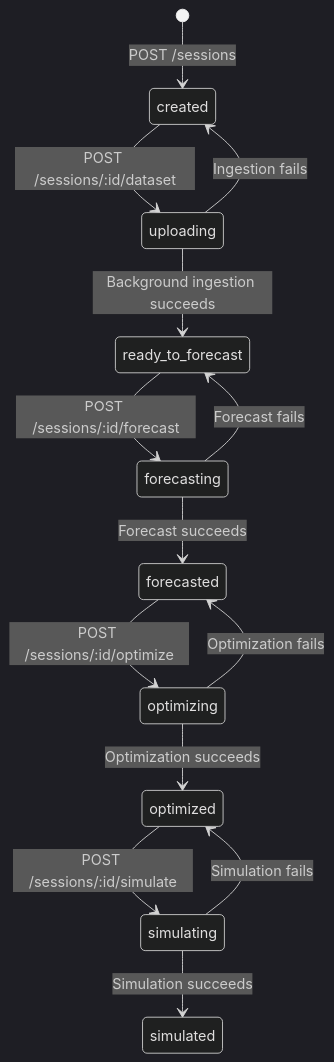
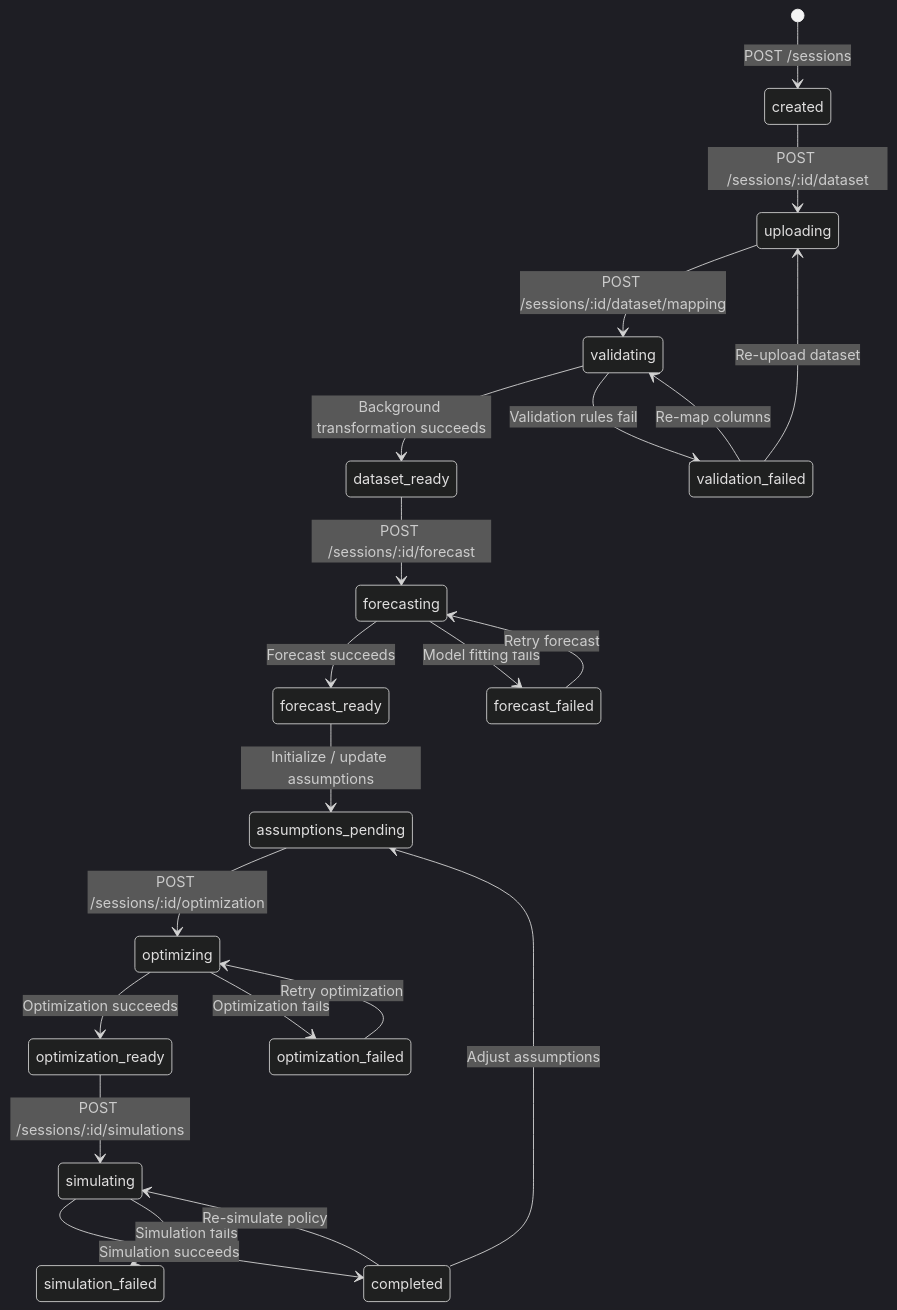
One commit to vbv18/stockpilot-ai changed the diagram in docs/API.md. Above: the diagram before and after it, drawn with Mermaid (dark theme). The commit also changed other lines of this file and 143 other files, not shown here.

````diff
--- a/docs/API.md
+++ b/docs/API.md
@@ -57,16 +60,24 @@
 ```mermaid
 stateDiagram-v2
     [*] --> created: POST /sessions
     created --> uploading: POST /sessions/:id/dataset
-    uploading --> ready_to_forecast: Background ingestion succeeds
-    uploading --> created: Ingestion fails
-    ready_to_forecast --> forecasting: POST /sessions/:id/forecast
-    forecasting --> forecasted: Forecast succeeds
-    forecasting --> ready_to_forecast: Forecast fails
-    forecasted --> optimizing: POST /sessions/:id/optimize
-    optimizing --> optimized: Optimization succeeds
-    optimizing --> forecasted: Optimization fails
-    optimized --> simulating: POST /sessions/:id/simulate
-    simulating --> simulated: Simulation succeeds
-    simulating --> optimized: Simulation fails
+    uploading --> validating: POST /sessions/:id/dataset/mapping
+    validating --> dataset_ready: Background transformation succeeds
+    validating --> validation_failed: Validation rules fail
+    validation_failed --> uploading: Re-upload dataset
+    validation_failed --> validating: Re-map columns
+    dataset_ready --> forecasting: POST /sessions/:id/forecast
+    forecasting --> forecast_ready: Forecast succeeds
+    forecasting --> forecast_failed: Model fitting fails
+    forecast_failed --> forecasting: Retry forecast
+    forecast_ready --> assumptions_pending: Initialize / update assumptions
+    assumptions_pending --> optimizing: POST /sessions/:id/optimization
+    optimizing --> optimization_ready: Optimization succeeds
+    optimizing --> optimization_failed: Optimization fails
+    optimization_failed --> optimizing: Retry optimization
+    optimization_ready --> simulating: POST /sessions/:id/simulations
+    simulating --> completed: Simulation succeeds
+    simulating --> simulation_failed: Simulation fails
+    completed --> simulating: Re-simulate policy
+    completed --> assumptions_pending: Adjust assumptions
 ```
````
